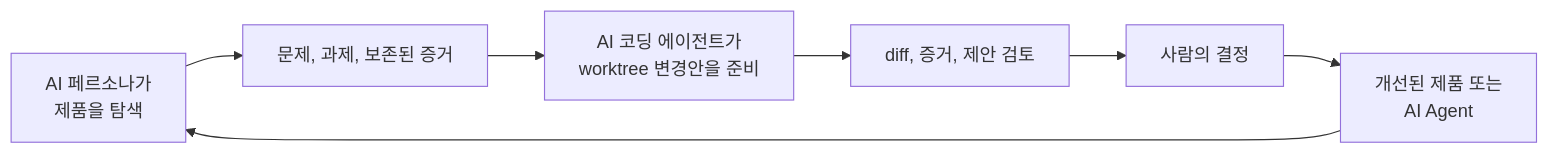
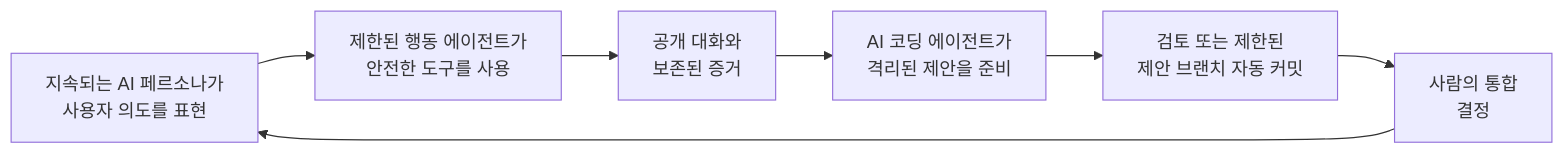
The first of 2 diagrams in i18n/ko/README.md (forthfate/openorbit), drawn with Mermaid before and after one commit. The commit also changed other lines of this file and 1 other file, not shown here.

````diff
--- a/i18n/ko/README.md
+++ b/i18n/ko/README.md
@@ -26,11 +27,11 @@
 ```mermaid
 flowchart LR
-  A[AI 페르소나가<br/>제품을 탐색]
-  B[문제, 과제, 보존된 증거]
-  C[AI 코딩 에이전트가<br/>worktree 변경안을 준비]
-  D[diff, 증거, 제안 검토]
-  E[사람의 결정]
-  F[개선된 제품 또는<br/>AI Agent]
+  A[지속되는 AI 페르소나가<br/>사용자 의도를 표현]
+  B[제한된 행동 에이전트가<br/>안전한 도구를 사용]
+  C[공개 대화와<br/>보존된 증거]
+  D[AI 코딩 에이전트가<br/>격리된 제안을 준비]
+  E[검토 또는 제한된<br/>제안 브랜치 자동 커밋]
+  F[사람의 통합<br/>결정]
 
   A --> B --> C --> D --> E --> F --> A
 ```
````
